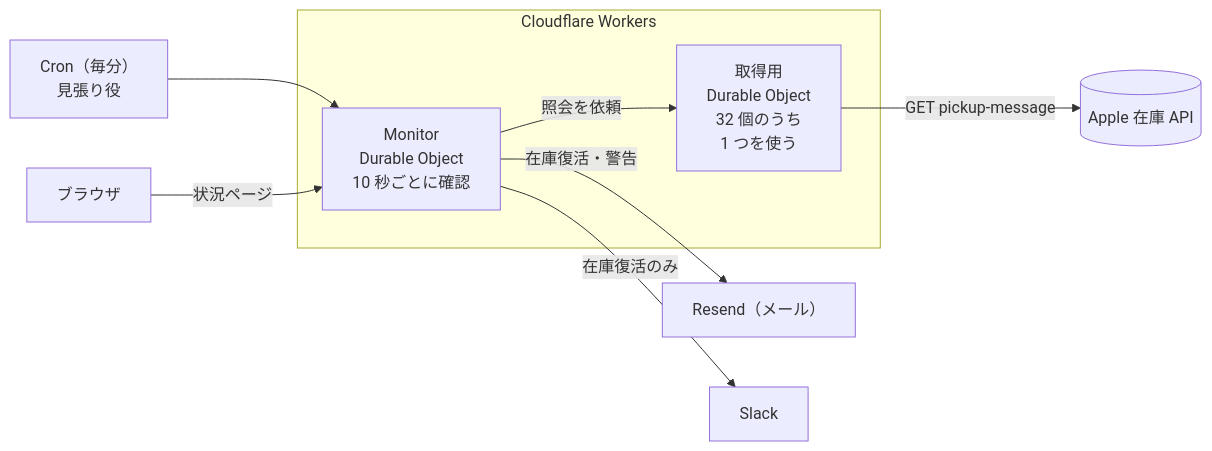
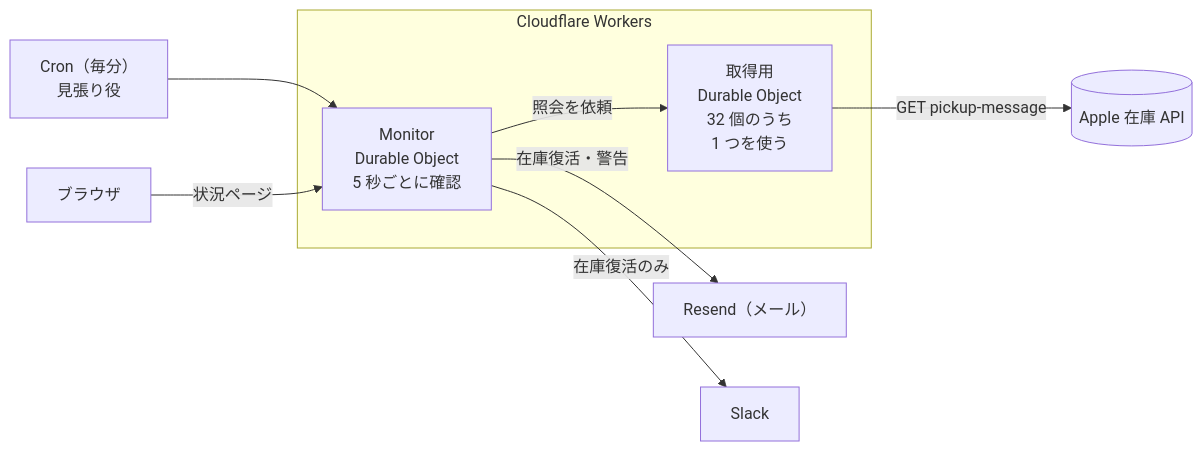
The first of 3 diagrams in README.md (toyoshin5/duo-checker), drawn with Mermaid before and after one commit. The commit also changed other lines of this file and 3 other files, not shown here.

````diff
--- a/README.md
+++ b/README.md
@@ -7,13 +7,13 @@
 ```mermaid
 flowchart LR
     cron["Cron（毎分）<br/>見張り役"] --> monitor
     subgraph cf["Cloudflare Workers"]
-        monitor["Monitor<br/>Durable Object<br/>10 秒ごとに確認"]
+        monitor["Monitor<br/>Durable Object<br/>5 秒ごとに確認"]
         inv["取得用<br/>Durable Object<br/>32 個のうち<br/>1 つを使う"]
         monitor -- "照会を依頼" --> inv
     end
     inv -- "GET pickup-message" --> apple[("Apple 在庫 API")]
     monitor -- "在庫復活・警告" --> resend["Resend（メール）"]
     monitor -- "在庫復活のみ" --> slack["Slack"]
     browser["ブラウザ"] -- "状況ページ" --> monitor
 ```
````
